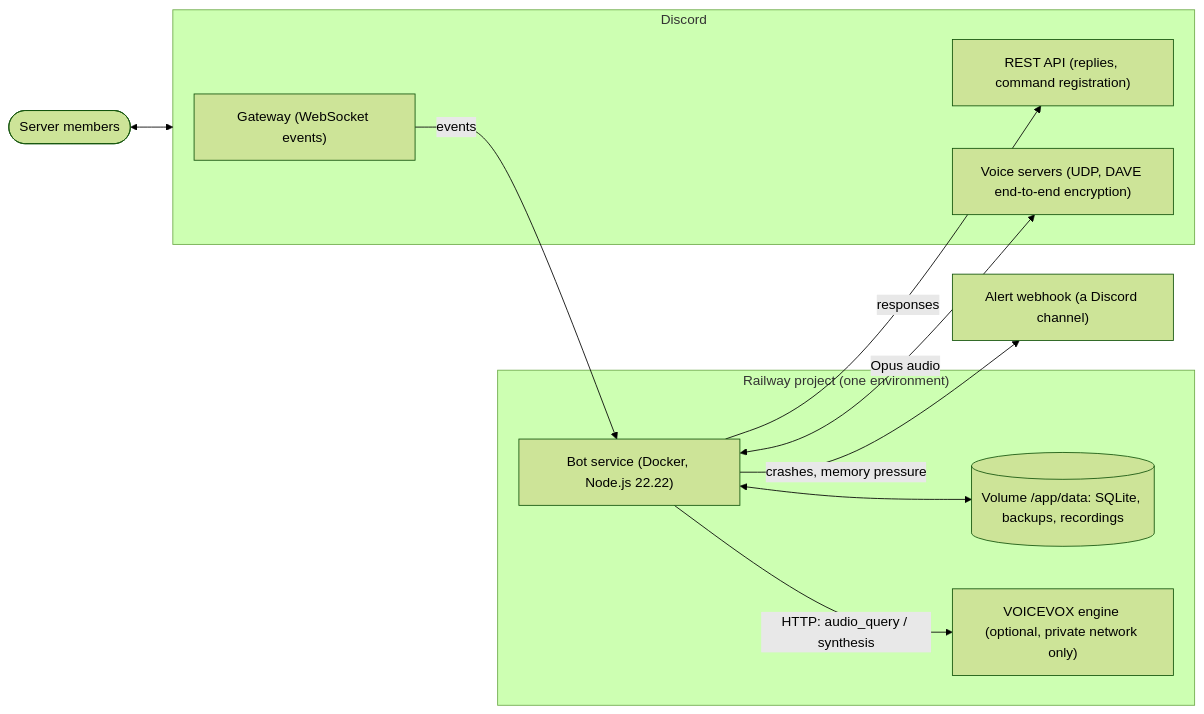
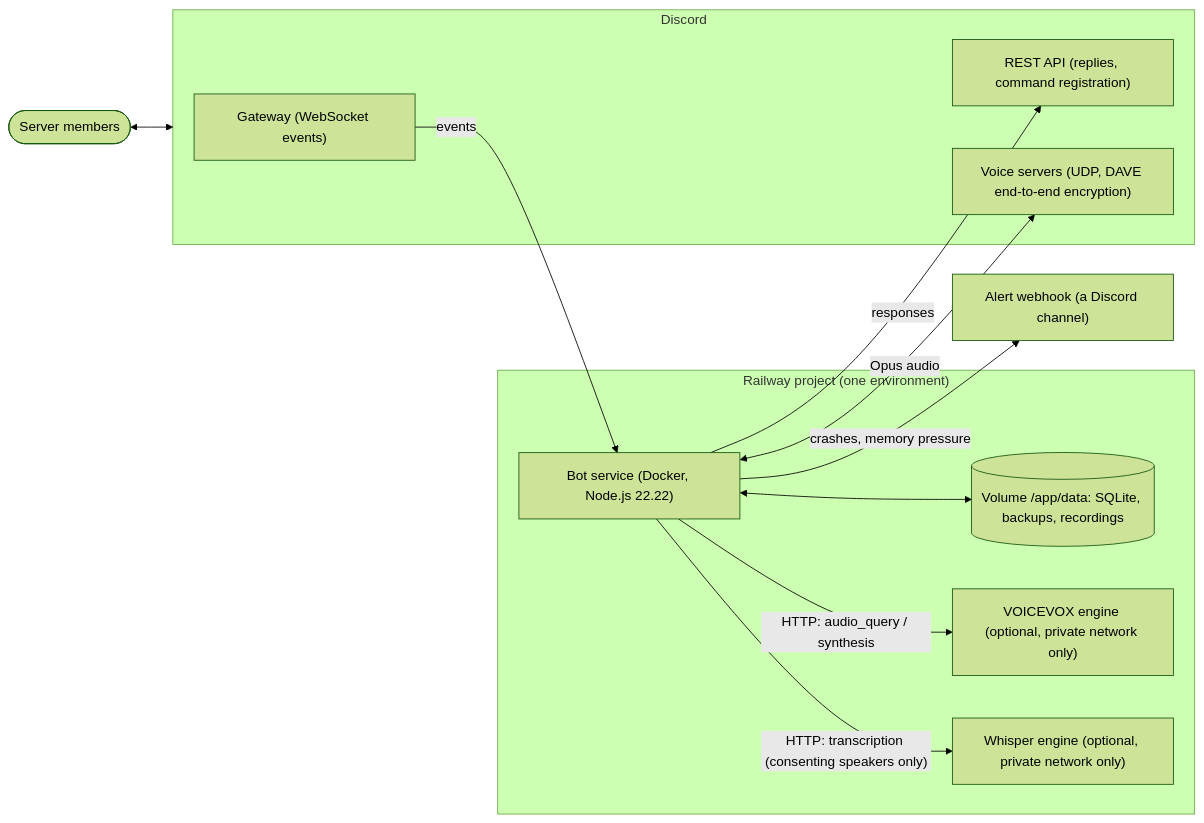
Before and after one commit to iam74k4/Bot-Discord: the first of 6 diagrams in docs/architecture.md, drawn with Mermaid (forest theme). The commit also changed other lines of this file and 45 other files, not shown here.

````diff
--- a/docs/architecture.md
+++ b/docs/architecture.md
@@ -14,26 +14,28 @@
 ```mermaid
 flowchart LR
   members(["Server members"])
 
   subgraph discord["Discord"]
     gateway["Gateway (WebSocket events)"]
     rest["REST API (replies, command registration)"]
     voice["Voice servers (UDP, DAVE end-to-end encryption)"]
   end
 
   subgraph railway["Railway project (one environment)"]
     bot["Bot service (Docker, Node.js 22.22)"]
     volume[("Volume /app/data: SQLite, backups, recordings")]
     voicevox["VOICEVOX engine (optional, private network only)"]
+    whisper["Whisper engine (optional, private network only)"]
   end
 
   webhook["Alert webhook (a Discord channel)"]
 
   members <--> discord
   gateway -- "events" --> bot
   bot -- "responses" --> rest
   bot <-- "Opus audio" --> voice
   bot <--> volume
   bot -- "HTTP: audio_query / synthesis" --> voicevox
+  bot -- "HTTP: transcription (consenting speakers only)" --> whisper
   bot -- "crashes, memory pressure" --> webhook
 ```
````
